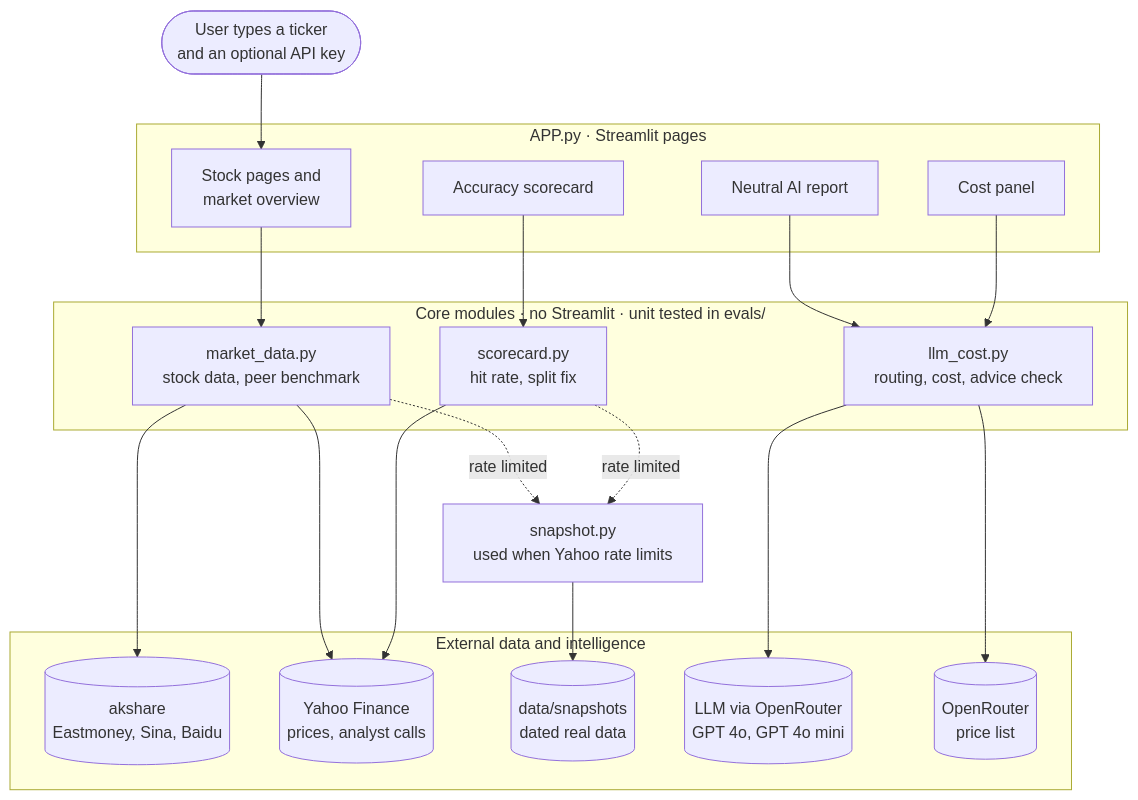
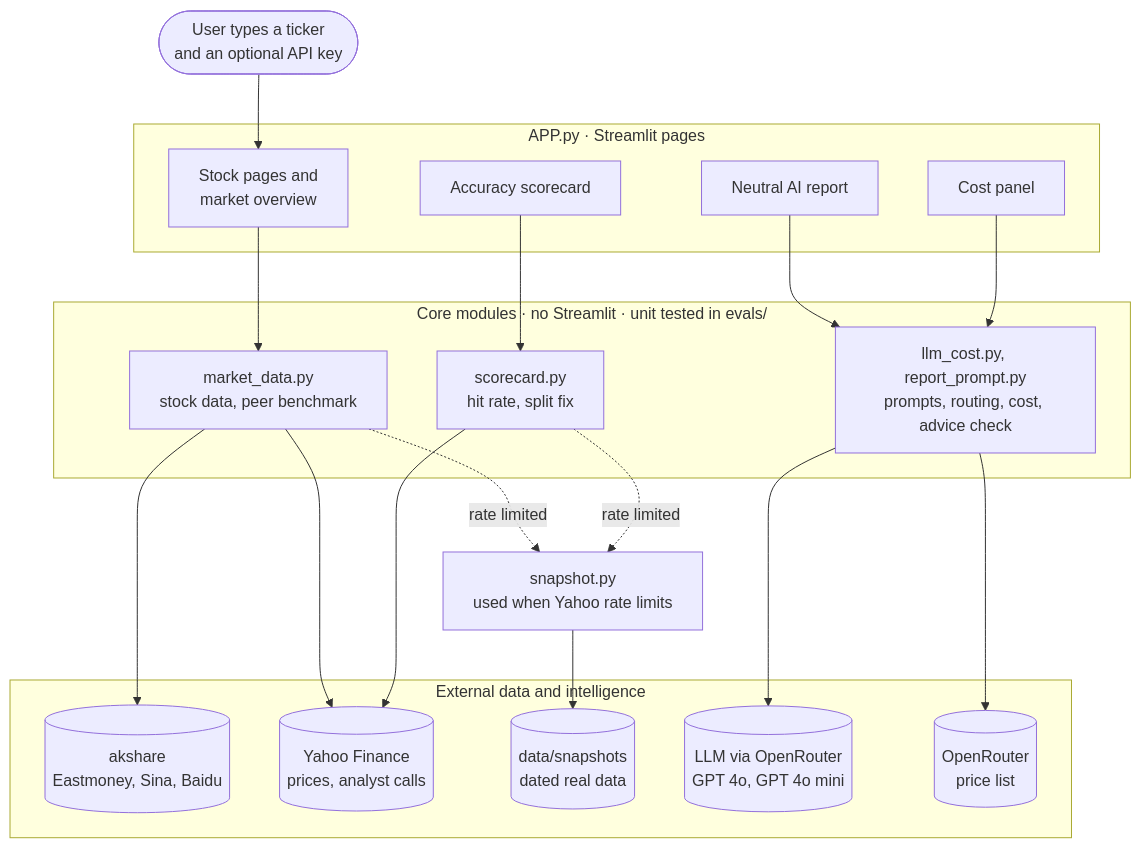
Before and after one commit to lyang091126-cmd/anti-securities: the diagram in PRODUCT.md, drawn with Mermaid. The commit also changed other lines of this file and 12 other files, not shown here.

````diff
--- a/PRODUCT.md
+++ b/PRODUCT.md
@@ -32,41 +32,41 @@
 ```mermaid
 flowchart TB
     U([User types a ticker<br/>and an optional API key])
 
     subgraph APP["APP.py · Streamlit pages"]
         UI[Stock pages and<br/>market overview]
         SC[Accuracy scorecard]
         RP[Neutral AI report]
         CP[Cost panel]
     end
 
     subgraph CORE["Core modules · no Streamlit · unit tested in evals/"]
         MD[market_data.py<br/>stock data, peer benchmark]
         SCM[scorecard.py<br/>hit rate, split fix]
-        LC[llm_cost.py<br/>routing, cost, advice check]
+        LC[llm_cost.py, report_prompt.py<br/>prompts, routing, cost, advice check]
     end
 
     SN[snapshot.py<br/>used when Yahoo rate limits]
 
     subgraph EXT["External data and intelligence"]
         AK[(akshare<br/>Eastmoney, Sina, Baidu)]
         YF[(Yahoo Finance<br/>prices, analyst calls)]
         DATA[(data/snapshots<br/>dated real data)]
         LLM[(LLM via OpenRouter<br/>GPT 4o, GPT 4o mini)]
         OR[(OpenRouter<br/>price list)]
     end
 
     U --> UI
     UI --> MD
     SC --> SCM
     RP --> LC
     CP --> LC
     MD --> AK
     MD --> YF
     SCM --> YF
     MD -. rate limited .-> SN
     SCM -. rate limited .-> SN
     SN --> DATA
     LC --> LLM
     LC --> OR
 ```
````
